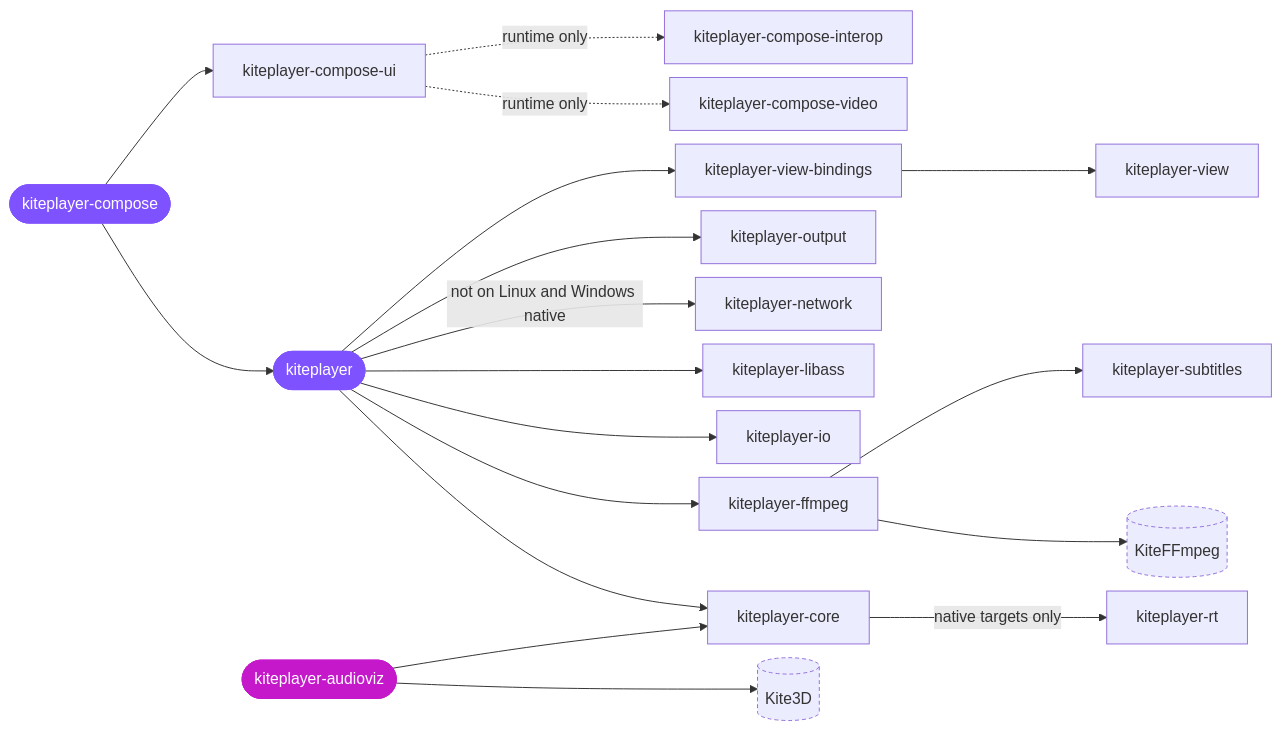
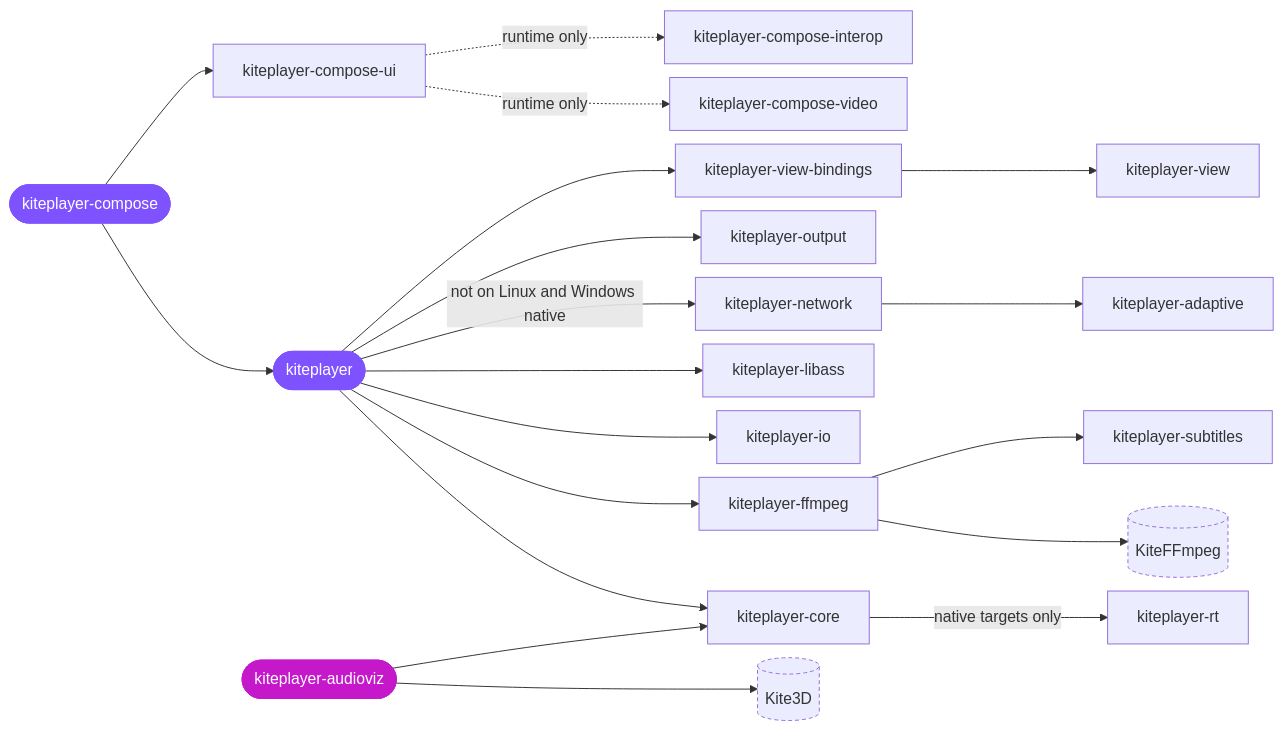
The diagram in README.md (yuroyami/KitePlayer), drawn with Mermaid before and after one commit. The commit also changed other lines of this file and 67 other files, not shown here.

````diff
--- a/README.md
+++ b/README.md
@@ -1059,31 +1059,32 @@
 ```mermaid
 %%{init: {"flowchart": {"nodeSpacing": 14, "rankSpacing": 44}}}%%
 flowchart LR
     classDef entry fill:#7F52FF,stroke:#7F52FF,color:#ffffff
     classDef optional fill:#C518CB,stroke:#C518CB,color:#ffffff
     classDef outside stroke-dasharray:4 3
 
     compose([kiteplayer-compose]):::entry
     kp([kiteplayer]):::entry
 
     compose --> ui[kiteplayer-compose-ui]
     ui -. runtime only .-> interop[kiteplayer-compose-interop]
     ui -. runtime only .-> cvideo[kiteplayer-compose-video]
     compose --> kp
 
     kp --> bindings[kiteplayer-view-bindings]
     bindings --> view[kiteplayer-view]
     kp --> output[kiteplayer-output]
     kp -- not on Linux and Windows native --> network[kiteplayer-network]
+    network --> adaptive[kiteplayer-adaptive]
     kp --> libass[kiteplayer-libass]
     kp --> io[kiteplayer-io]
     kp --> ffmpeg[kiteplayer-ffmpeg]
     ffmpeg --> subs[kiteplayer-subtitles]
     ffmpeg --> kff[(KiteFFmpeg)]:::outside
     kp --> core[kiteplayer-core]
     core -- native targets only --> rt[kiteplayer-rt]
 
     viz([kiteplayer-audioviz]):::optional
     viz --> core
     viz --> k3d[(Kite3D)]:::outside
 ```
````
